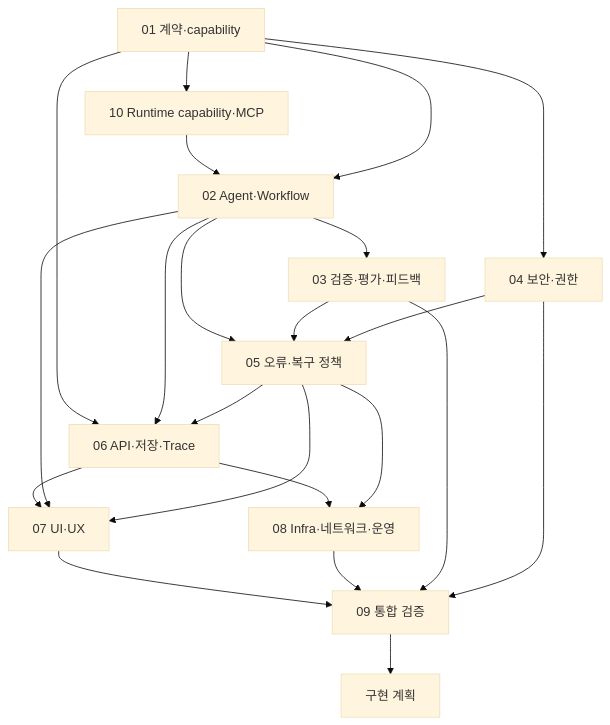
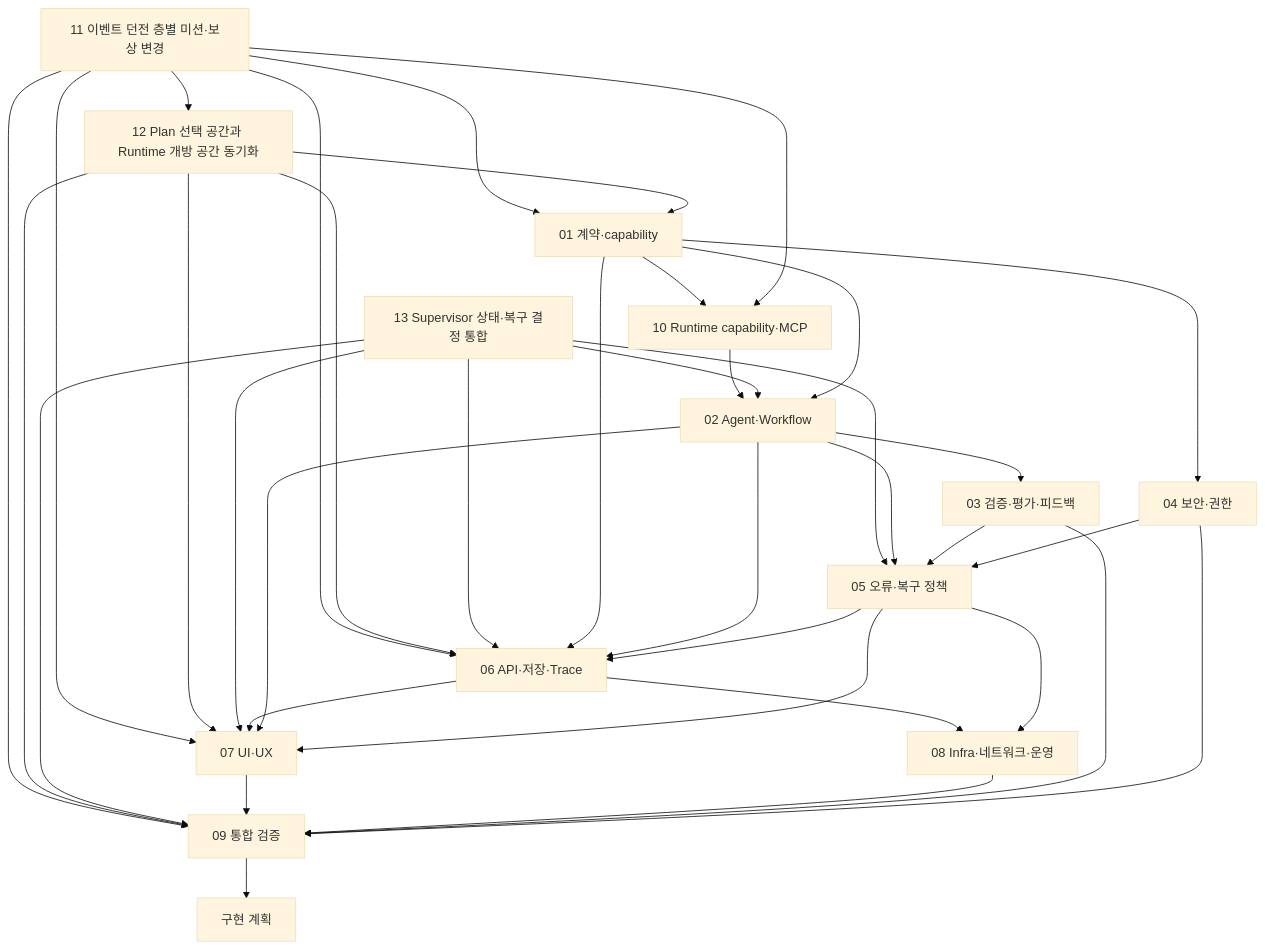
The diagram in docs/ik/기획안설계/README.md (encore-ai-campus/aio-01-p3-team2), drawn with Mermaid (base theme) before and after one commit. The commit also changed other lines of this file and 61 other files, not shown here.

````diff
--- a/docs/ik/기획안설계/README.md
+++ b/docs/ik/기획안설계/README.md
@@ -31,34 +35,52 @@
 ```mermaid
 flowchart TD
   C[01 계약·capability]
+  SD[11 이벤트 던전 층별 미션·보상 변경]
+  SYNC[12 Plan 선택 공간과 Runtime 개방 공간 동기화]
+  SUP[13 Supervisor 상태·복구 결정 통합]
   M[10 Runtime capability·MCP]
   W[02 Agent·Workflow]
   V[03 검증·평가·피드백]
   S[04 보안·권한]
   E[05 오류·복구 정책]
   D[06 API·저장·Trace]
   U[07 UI·UX]
   I[08 Infra·네트워크·운영]
   T[09 통합 검증]
   P[구현 계획]
 
   C --> M --> W
+  SD --> C
+  SD --> M
+  SD --> D
+  SD --> U
+  SD --> T
+  SD --> SYNC
+  SYNC --> C
+  SYNC --> D
+  SYNC --> U
+  SYNC --> T
+  SUP --> W
+  SUP --> E
+  SUP --> D
+  SUP --> U
+  SUP --> T
   C --> W --> V
   C --> S
   W --> E
   V --> E
   S --> E
   C --> D
   W --> D
   E --> D
   D --> U
   W --> U
   E --> U
   D --> I
   E --> I
   U --> T
   I --> T
   V --> T
   S --> T
   T --> P
 ```
````
